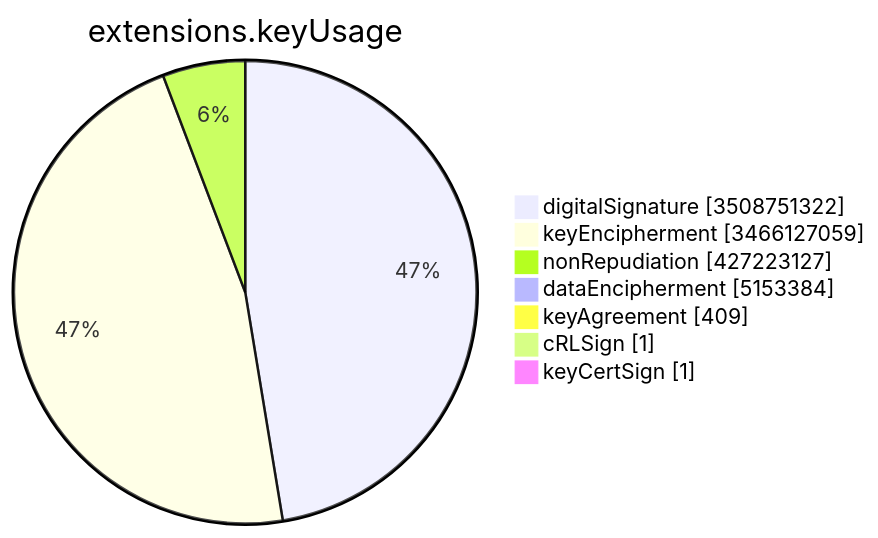
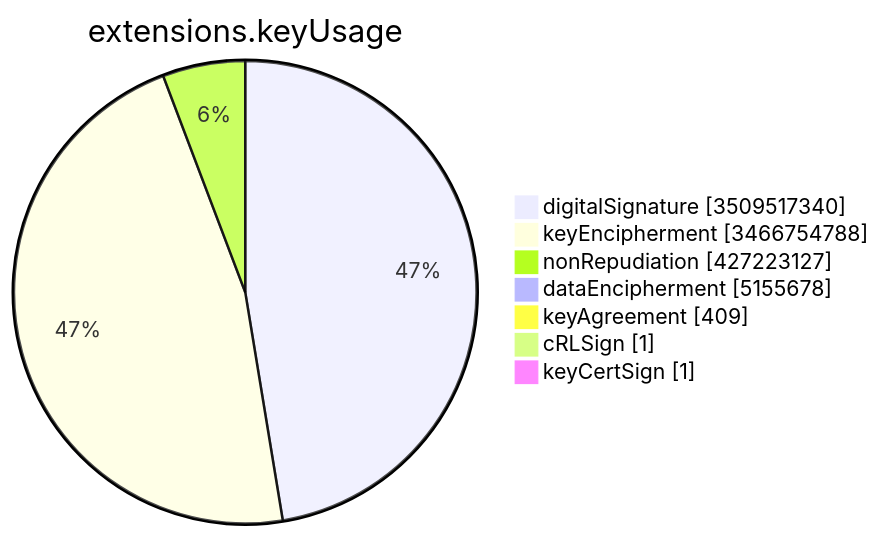
Before and after one commit to christiankrug/ctmonitor_visualization: the sixth of 15 diagrams in TOTAL/README.md, drawn with Mermaid. The commit also changed other lines of this file, not shown here.

````diff
--- a/TOTAL/README.md
+++ b/TOTAL/README.md
@@ -3083,11 +3083,11 @@
 ```mermaid
 pie showData
 title extensions.keyUsage
-"digitalSignature" :3508751322
-"keyEncipherment" :3466127059
+"digitalSignature" :3509517340
+"keyEncipherment" :3466754788
 "nonRepudiation" :427223127
-"dataEncipherment" :5153384
+"dataEncipherment" :5155678
 "keyAgreement" :409
 "cRLSign" :1
 "keyCertSign" :1
 ```
````
